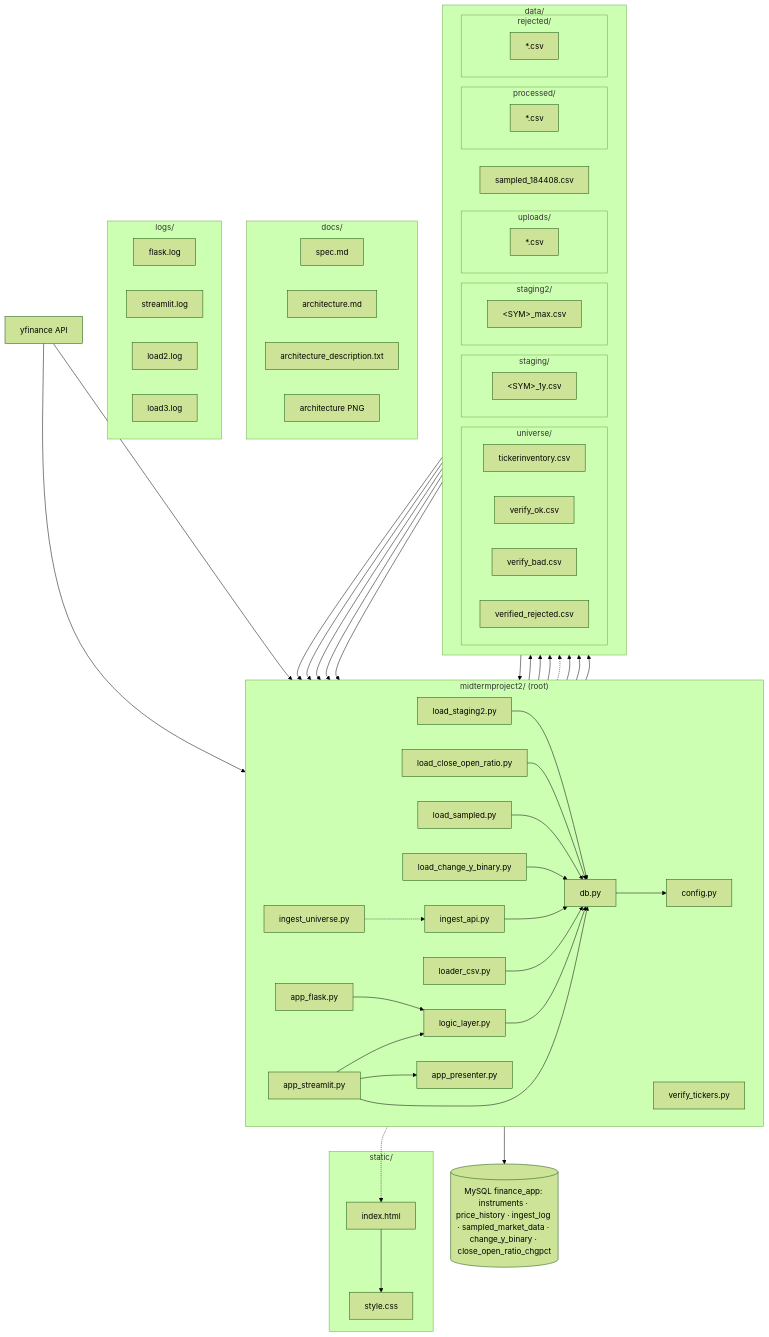
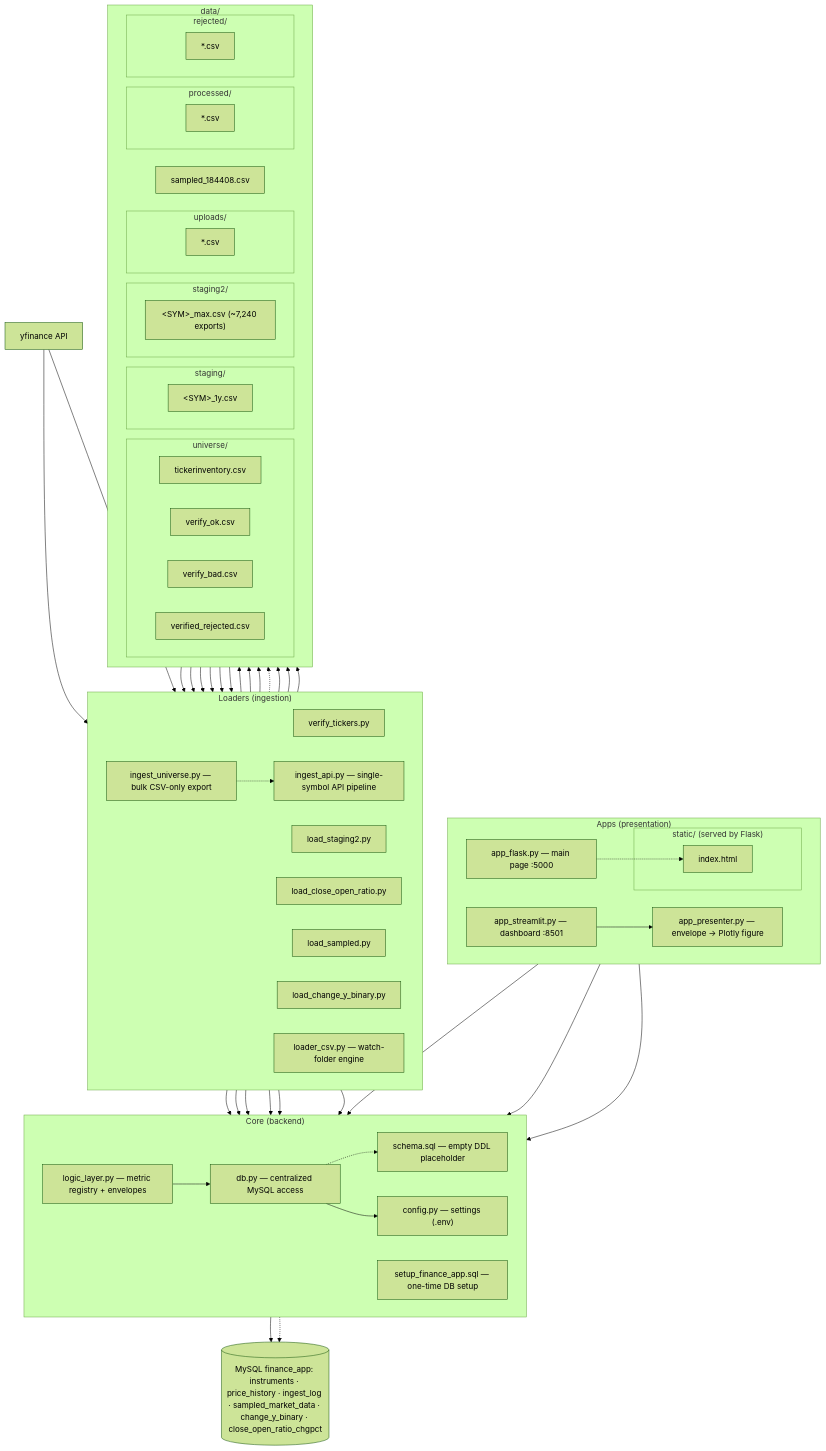
Before and after one commit to nickhsu989/AIPE04_midterm: the diagram in docs/architecture.md, drawn with Mermaid (forest theme). The commit also changed other lines of this file, not shown here.

Commit message:
architecture mermaid diagram update

````diff
--- a/docs/architecture.md
+++ b/docs/architecture.md
@@ -9,37 +10,32 @@
 ```mermaid
 flowchart TD
-    subgraph ROOT["midtermproject2/ (root)"]
+    subgraph APPS["Apps (presentation)"]
         direction LR
-        fl["app_flask.py"]
-        sl["app_streamlit.py"]
-        pres["app_presenter.py"]
-        ll["logic_layer.py"]
-        api["ingest_api.py"]
-        lc["loader_csv.py"]
+        fl["app_flask.py — main page :5000"]
+        sl["app_streamlit.py — dashboard :8501"]
+        pres["app_presenter.py — envelope → Plotly figure"]
+        subgraph STATIC["static/ (served by Flask)"]
+            idx["index.html"]
+        end
+    end
+    subgraph LOADERS["Loaders (ingestion)"]
+        direction LR
         v["verify_tickers.py"]
-        u["ingest_universe.py"]
+        api["ingest_api.py — single-symbol API pipeline"]
+        u["ingest_universe.py — bulk CSV-only export"]
         l2["load_staging2.py"]
         lratio["load_close_open_ratio.py"]
         lsam["load_sampled.py"]
         lbin["load_change_y_binary.py"]
-        db["db.py"]
-        cfg["config.py"]
+        lc["loader_csv.py — watch-folder engine"]
     end
-    subgraph STATIC["static/"]
-        idx["index.html"]
-        css["style.css"]
-    end
-    subgraph DOCS["docs/"]
-        spec["spec.md"]
-        arch["architecture.md"]
-        adesc["architecture_description.txt"]
-        png["architecture PNG"]
-    end
-    subgraph LOGS["logs/"]
-        flog["flask.log"]
-        slog["streamlit.log"]
-        l2log["load2.log"]
-        l3log["load3.log"]
+    subgraph CORE["Core (backend)"]
+        direction LR
+        ll["logic_layer.py — metric registry + envelopes"]
+        db["db.py — centralized MySQL access"]
+        cfg["config.py — settings (.env)"]
+        sch["schema.sql — empty DDL placeholder"]
+        setup["setup_finance_app.sql — one-time DB setup"]
     end
     subgraph DATA["data/"]
         direction LR
@@ -54,7 +50,7 @@
             stg["&lt;SYM&gt;_1y.csv"]
         end
         subgraph STAG2["staging2/"]
-            s2["&lt;SYM&gt;_max.csv"]
+            s2["&lt;SYM&gt;_max.csv (~7,240 exports)"]
         end
         subgraph UP["uploads/"]
             up["*.csv"]
@@ -92,6 +88,8 @@
     api --> db
     lc --> db
     db --> mysql
+    setup -.-> mysql
+    db -.-> sch
     db --> cfg
     ll --> db
     fl --> ll
@@ -99,5 +97,4 @@
     sl --> pres
     sl --> db
     fl -.-> idx
-    idx --> css
 ```
````
